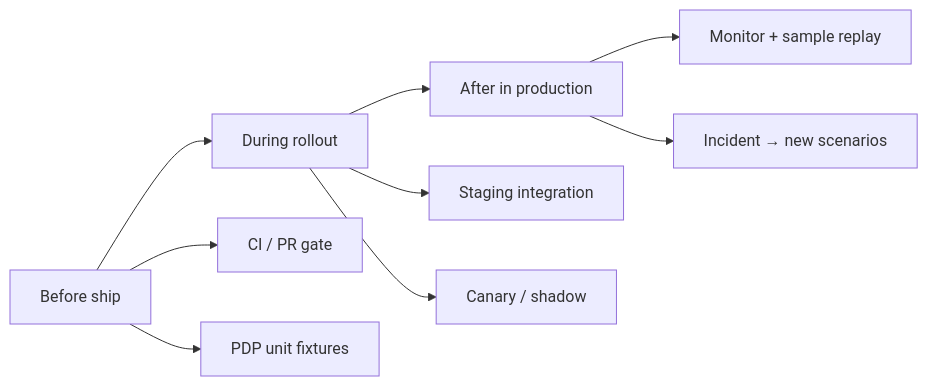
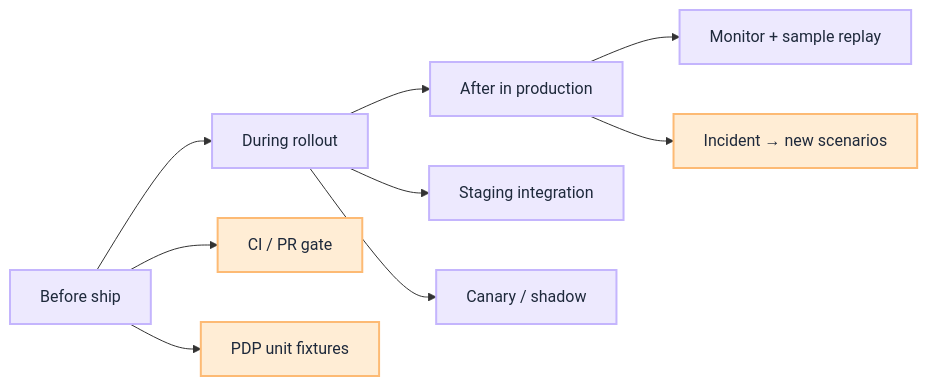
One commit to iamsharmajitender/gain changed the diagram in docs/playbooks/governance/runtime/assurance/policy-test-scenarios.mdx. Above: the diagram before and after it, drawn with Mermaid. The commit also changed other lines of this file and 74 other files, not shown here.

````diff
--- a/docs/playbooks/governance/runtime/assurance/policy-test-scenarios.mdx
+++ b/docs/playbooks/governance/runtime/assurance/policy-test-scenarios.mdx
@@ -93,11 +133,17 @@
 ```mermaid
 flowchart LR
   B[Before ship] --> D[During rollout]
   D --> A[After in production]
   B --> CI[CI / PR gate]
   B --> U[PDP unit fixtures]
   D --> ST[Staging integration]
   D --> CN[Canary / shadow]
   A --> MON[Monitor + sample replay]
   A --> INC[Incident → new scenarios]
+
+  classDef process fill:#ede9fe,stroke:#c4b5fd,color:#1e293b,stroke-width:2px
+  classDef gate fill:#ffedd5,stroke:#fdba74,color:#1e293b,stroke-width:2px
+
+  class B,D,A,ST,CN,MON process
+  class CI,U,INC gate
 ```
````
